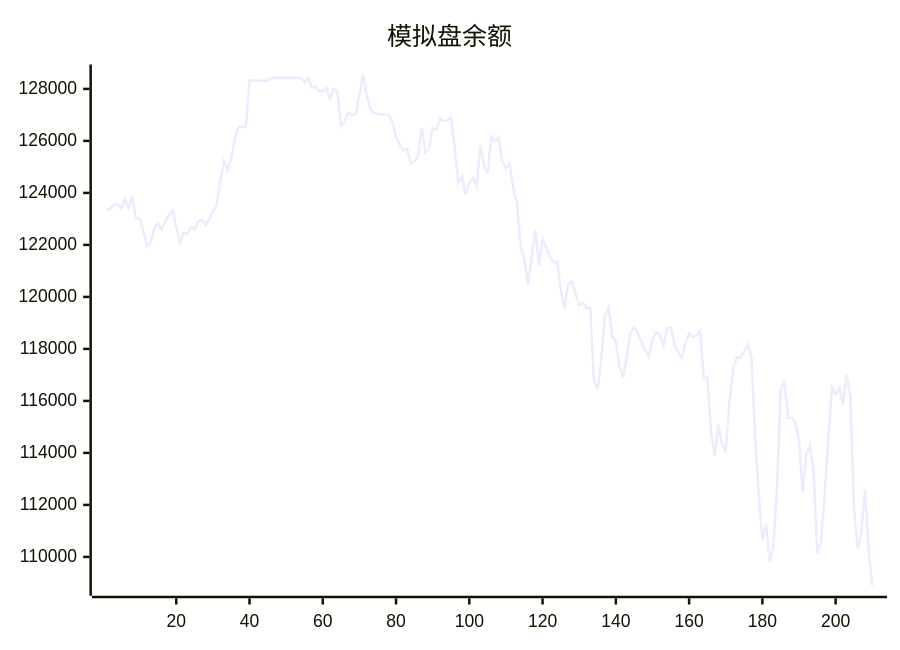
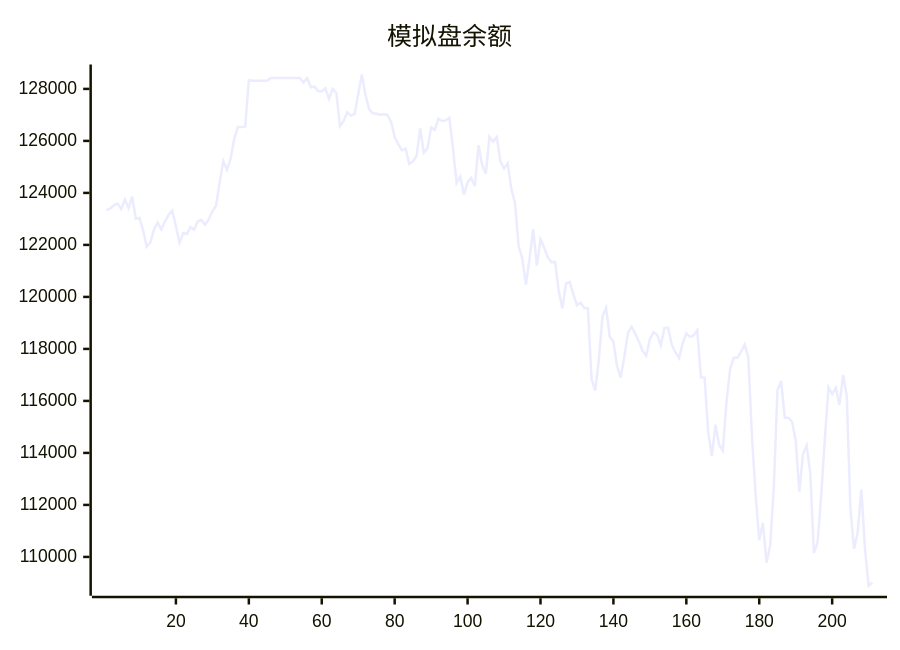
Before and after one commit to aahl/ai-trading: the diagram in README.md, drawn with Mermaid. The commit also changed other lines of this file and 1 other file, not shown here.

````diff
--- a/README.md
+++ b/README.md
@@ -5,5 +5,5 @@
 ```mermaid
 xychart
     title "模拟盘余额"
-    line [123338,123402,123530,123592,123378,123745,123413,123853,123009,123040,122557,121938,122095,122599,122856,122597,122898,123160,123319,122719,122087,122454,122416,122685,122592,122907,122961,122776,122981,123295,123507,124403,125224,124894,125303,126088,126544,126534,126549,128335,128318,128318,128318,128318,128318,128424,128424,128424,128424,128424,128424,128424,128424,128424,128247,128412,128062,128087,127917,127901,128026,127611,128000,127850,126572,126770,127100,126971,127029,127783,128554,127765,127224,127064,127044,127009,127025,127004,126738,126152,125871,125635,125707,125117,125217,125420,126480,125545,125715,126511,126424,126856,126764,126788,126890,125710,124381,124632,123936,124402,124574,124256,125833,125070,124739,126154,125966,126145,125213,124943,125143,124157,123604,121959,121476,120476,121470,122610,121201,122221,121889,121522,121332,121344,120232,119559,120513,120577,120108,119680,119777,119572,119568,116839,116392,117573,119250,119585,118469,118277,117338,116897,117706,118628,118849,118579,118280,117926,117735,118373,118639,118544,118136,118798,118819,118162,117874,117649,118215,118601,118463,118517,118713,116911,116899,114798,113887,115084,114313,114091,115934,117221,117658,117658,117883,118164,117693,114632,112403,110644,111313,109777,110444,112673,116419,116772,115355,115355,115198,114476,112510,113954,114276,113223,110151,110561,112361,114562,116522,116265,116500,115845,117000,116199,111887,110306,110942,112588,110318,108891]
+    line [123338,123402,123530,123592,123378,123745,123413,123853,123009,123040,122557,121938,122095,122599,122856,122597,122898,123160,123319,122719,122087,122454,122416,122685,122592,122907,122961,122776,122981,123295,123507,124403,125224,124894,125303,126088,126544,126534,126549,128335,128318,128318,128318,128318,128318,128424,128424,128424,128424,128424,128424,128424,128424,128424,128247,128412,128062,128087,127917,127901,128026,127611,128000,127850,126572,126770,127100,126971,127029,127783,128554,127765,127224,127064,127044,127009,127025,127004,126738,126152,125871,125635,125707,125117,125217,125420,126480,125545,125715,126511,126424,126856,126764,126788,126890,125710,124381,124632,123936,124402,124574,124256,125833,125070,124739,126154,125966,126145,125213,124943,125143,124157,123604,121959,121476,120476,121470,122610,121201,122221,121889,121522,121332,121344,120232,119559,120513,120577,120108,119680,119777,119572,119568,116839,116392,117573,119250,119585,118469,118277,117338,116897,117706,118628,118849,118579,118280,117926,117735,118373,118639,118544,118136,118798,118819,118162,117874,117649,118215,118601,118463,118517,118713,116911,116899,114798,113887,115084,114313,114091,115934,117221,117658,117658,117883,118164,117693,114632,112403,110644,111313,109777,110444,112673,116419,116772,115355,115355,115198,114476,112510,113954,114276,113223,110151,110561,112361,114562,116522,116265,116500,115845,117000,116199,111887,110306,110942,112588,110318,108891,109011]
 ```
````
